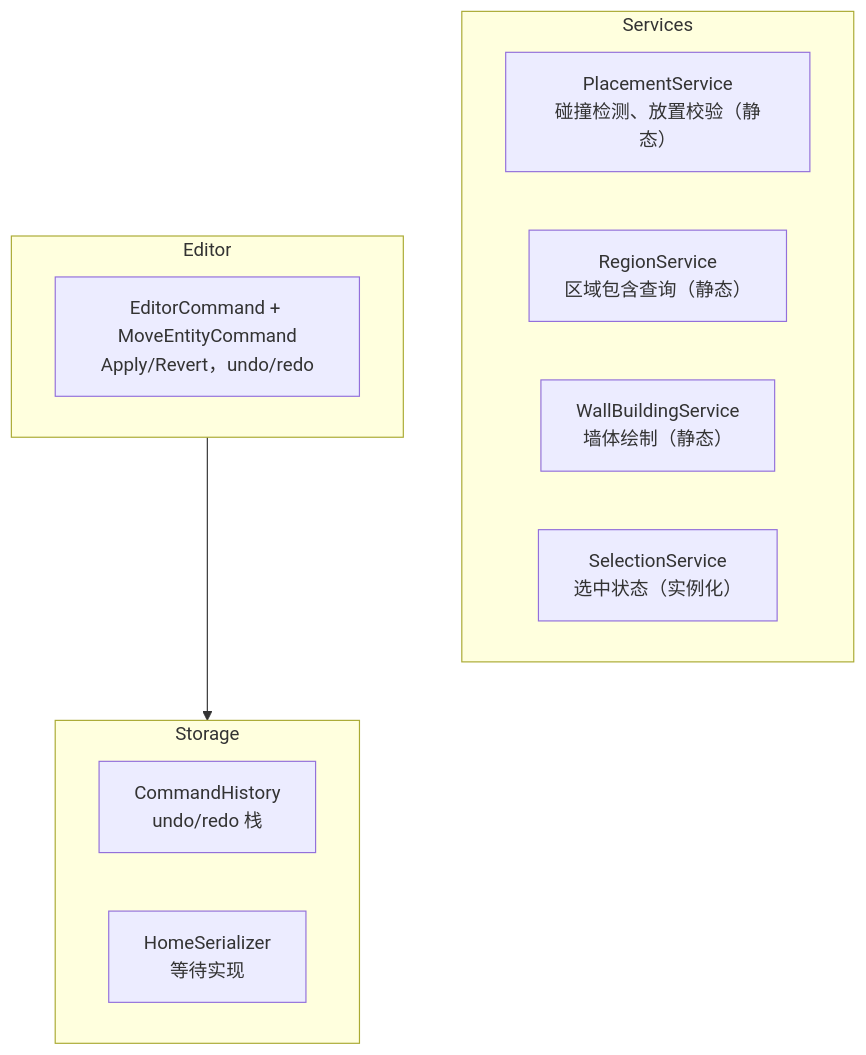
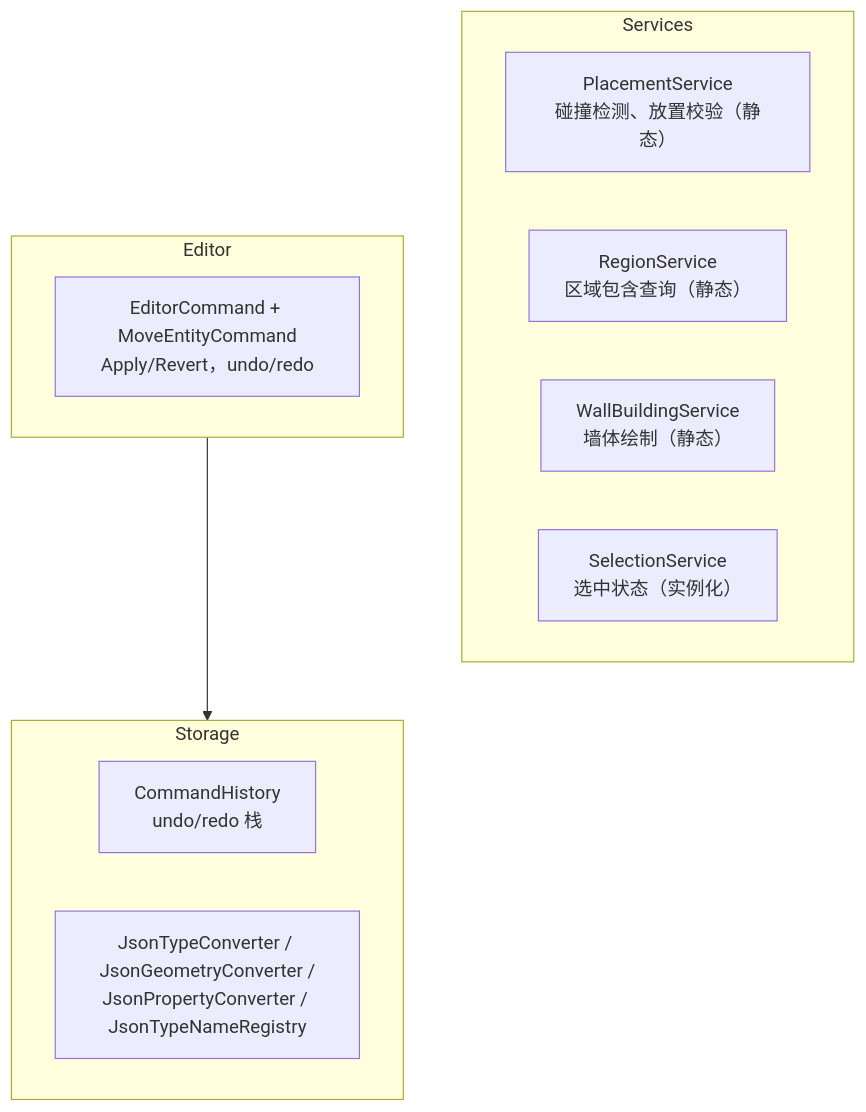
Before and after one commit to momoka-ai/momoka: the third of 4 diagrams in Documentation/DESIGN_HOME.md, drawn with Mermaid. The commit also changed other lines of this file, not shown here.

First line of the commit message:
[Docs]: Docs Update; Refresh DESIGN_HOME.md to the flattened 3D architecture and record remaining TODOs

````diff
--- a/Documentation/DESIGN_HOME.md
+++ b/Documentation/DESIGN_HOME.md
@@ -220,20 +191,20 @@
 ```mermaid
 flowchart TB
     subgraph Services["Services"]
         Placement["PlacementService<br/>碰撞检测、放置校验（静态）"]
         RegionSvc["RegionService<br/>区域包含查询（静态）"]
         WallBuild["WallBuildingService<br/>墙体绘制（静态）"]
         Selection["SelectionService<br/>选中状态（实例化）"]
     end
 
     subgraph Editor["Editor"]
         Cmd["EditorCommand + MoveEntityCommand<br/>Apply/Revert，undo/redo"]
     end
 
     subgraph Storage["Storage"]
         History["CommandHistory<br/>undo/redo 栈"]
-        Serializer["HomeSerializer<br/>等待实现"]
+        Json["JsonTypeConverter / JsonGeometryConverter /<br/>JsonPropertyConverter / JsonTypeNameRegistry"]
     end
 
     Editor --> Storage
 ```
````
